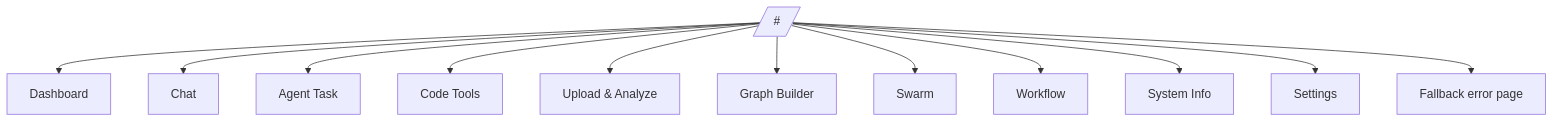
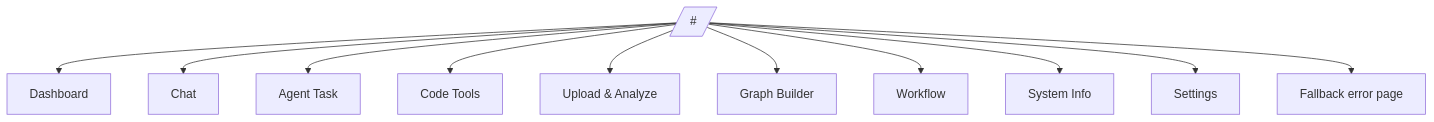
One commit to Guebbit/manna-frontend changed the first of 2 diagrams in docs/features.md. Above: the diagram before and after it, drawn with Mermaid. The commit also changed other lines of this file and 25 other files, not shown here.

````diff
--- a/docs/features.md
+++ b/docs/features.md
@@ -7,15 +7,14 @@
 ```mermaid
 flowchart TD
     Root[/#/]
     Root --> Dashboard[Dashboard]
     Root --> Chat[Chat]
     Root --> Agent[Agent Task]
     Root --> Code[Code Tools]
     Root --> Upload[Upload & Analyze]
     Root --> Graph[Graph Builder]
-    Root --> Swarm[Swarm]
     Root --> Workflow[Workflow]
     Root --> System[System Info]
     Root --> Settings[Settings]
     Root --> Error[Fallback error page]
 ```
````
